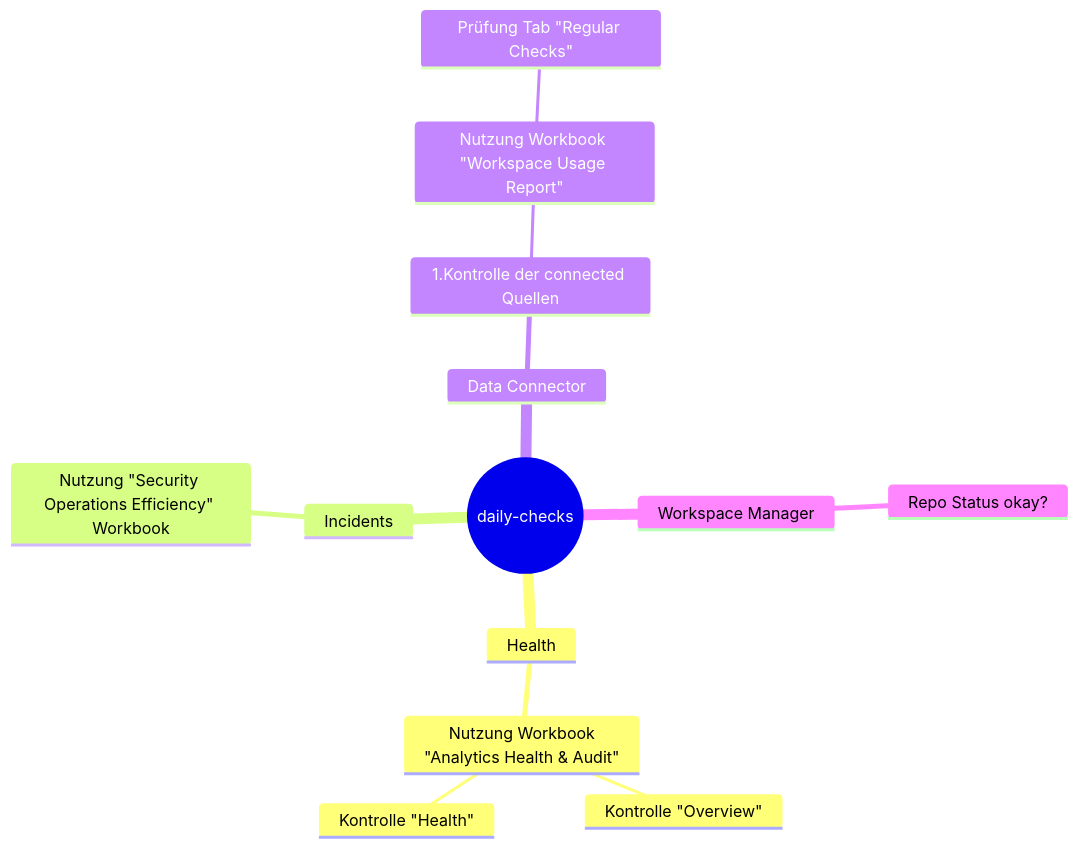
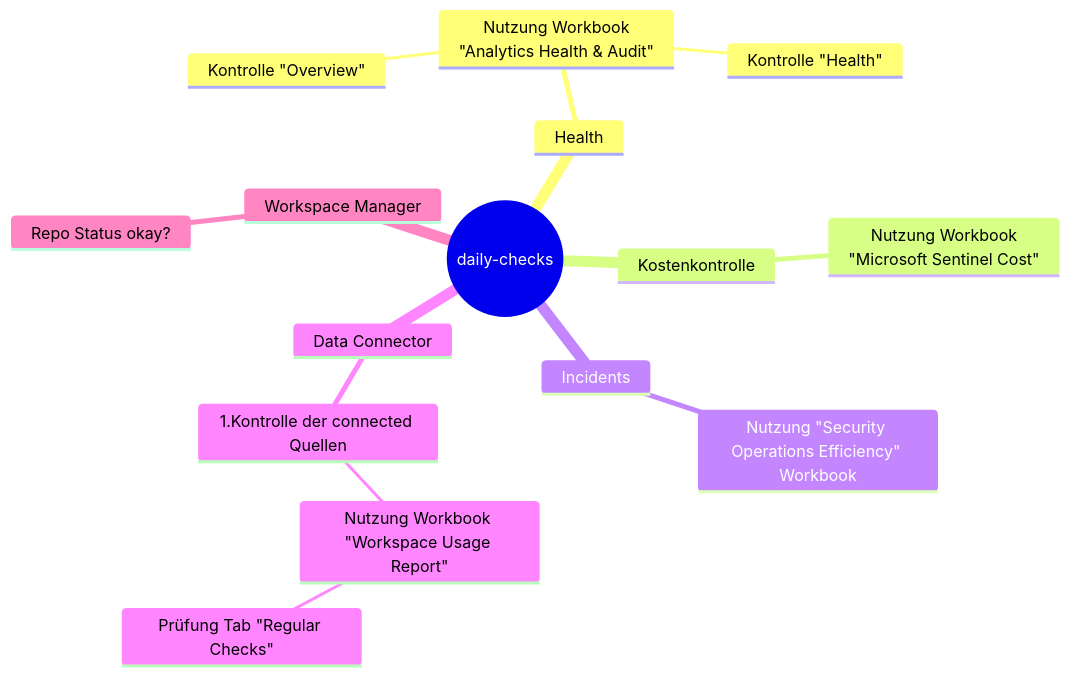
Before and after one commit to socGPT/msft-sentinel-pilot: the diagram in soc1-l1-daily.md, drawn with Mermaid.

````diff
--- a/soc1-l1-daily.md
+++ b/soc1-l1-daily.md
@@ -10,16 +10,18 @@
 ```mermaid
 mindmap
   root((daily-checks))
     Health
       Nutzung Workbook<br />"Analytics Health & Audit"
         Kontrolle "Overview"
         Kontrolle "Health"
+    Kostenkontrolle
+      Nutzung Workbook <br />"Microsoft Sentinel Cost"
     Incidents
       Nutzung "Security Operations Efficiency" <br />Workbook
     Data Connector
       1.Kontrolle der connected Quellen
           Nutzung Workbook "Workspace Usage Report"
             Prüfung Tab "Regular Checks"
     Workspace Manager
       Repo Status okay?
 ```
````
